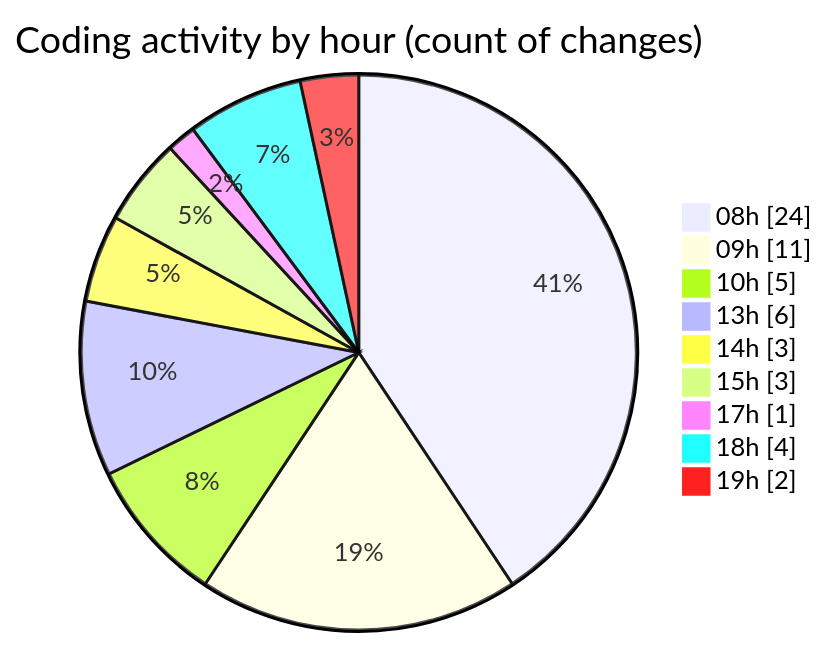
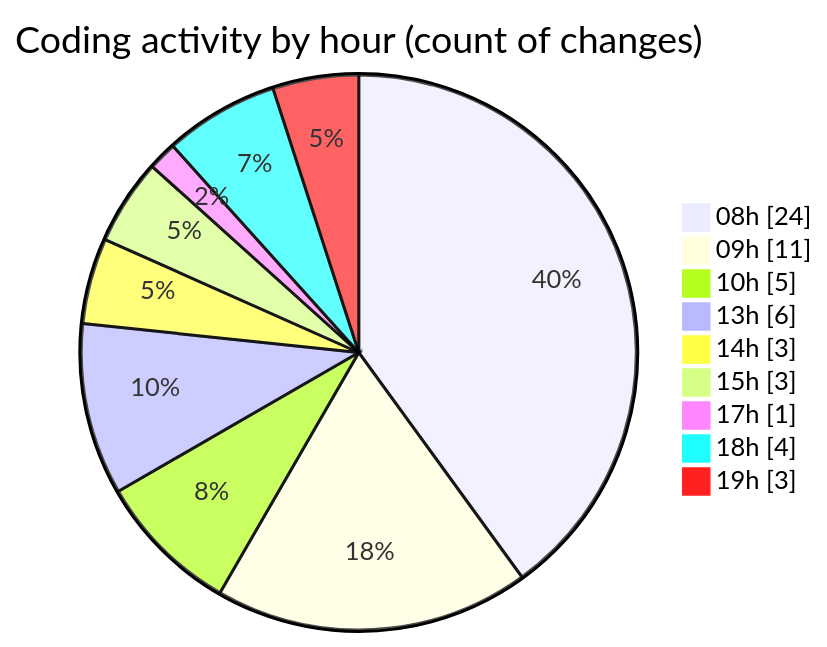
The second of 2 diagrams in 2025-05-12/niten/README.md (Elitesun/code-tracking), drawn with Mermaid before and after one commit. The commit also changed other lines of this file and 1 other file, not shown here.

````diff
--- a/2025-05-12/niten/README.md
+++ b/2025-05-12/niten/README.md
@@ -55,13 +55,13 @@
 ```mermaid
 pie showData
 title Coding activity by hour (count of changes)
 "08h" : 24
 "09h" : 11
 "10h" : 5
 "13h" : 6
 "14h" : 3
 "15h" : 3
 "17h" : 1
 "18h" : 4
-"19h" : 2
+"19h" : 3
 ```
````
